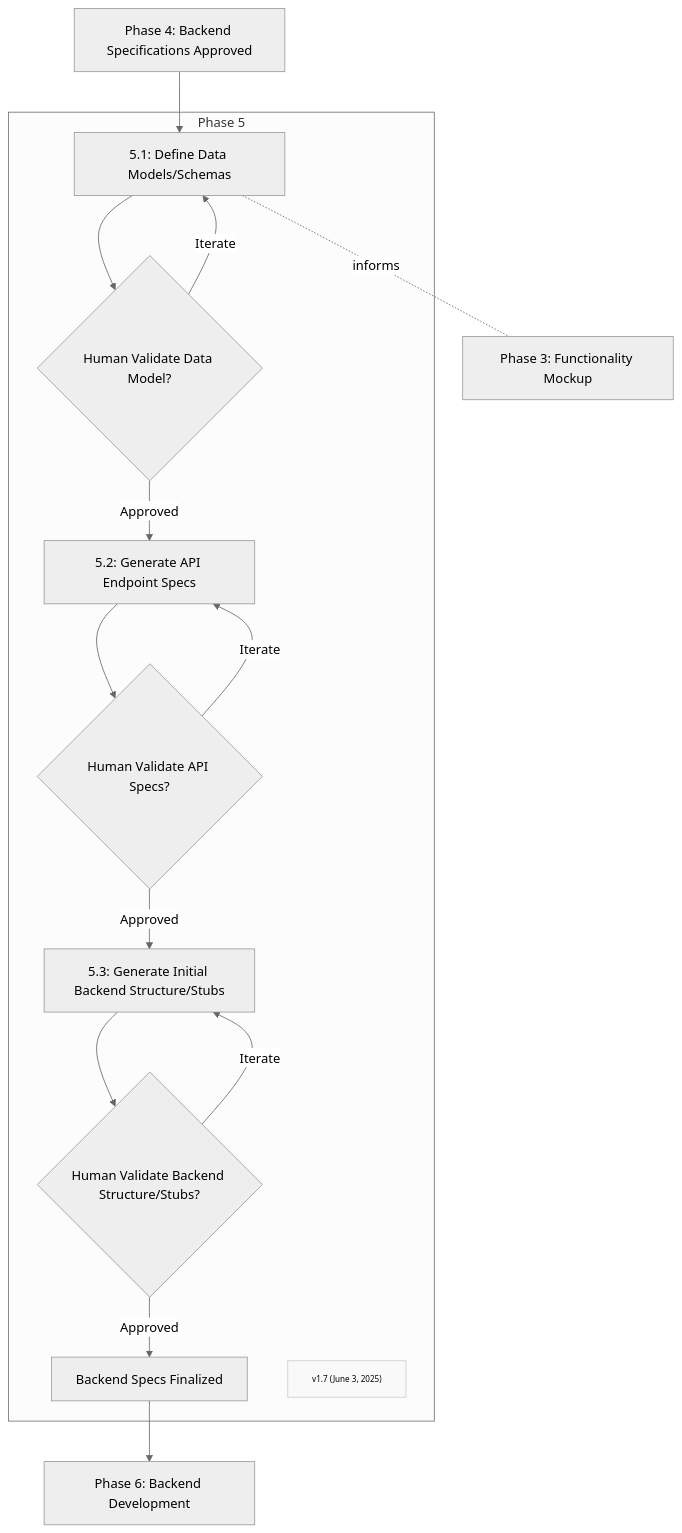
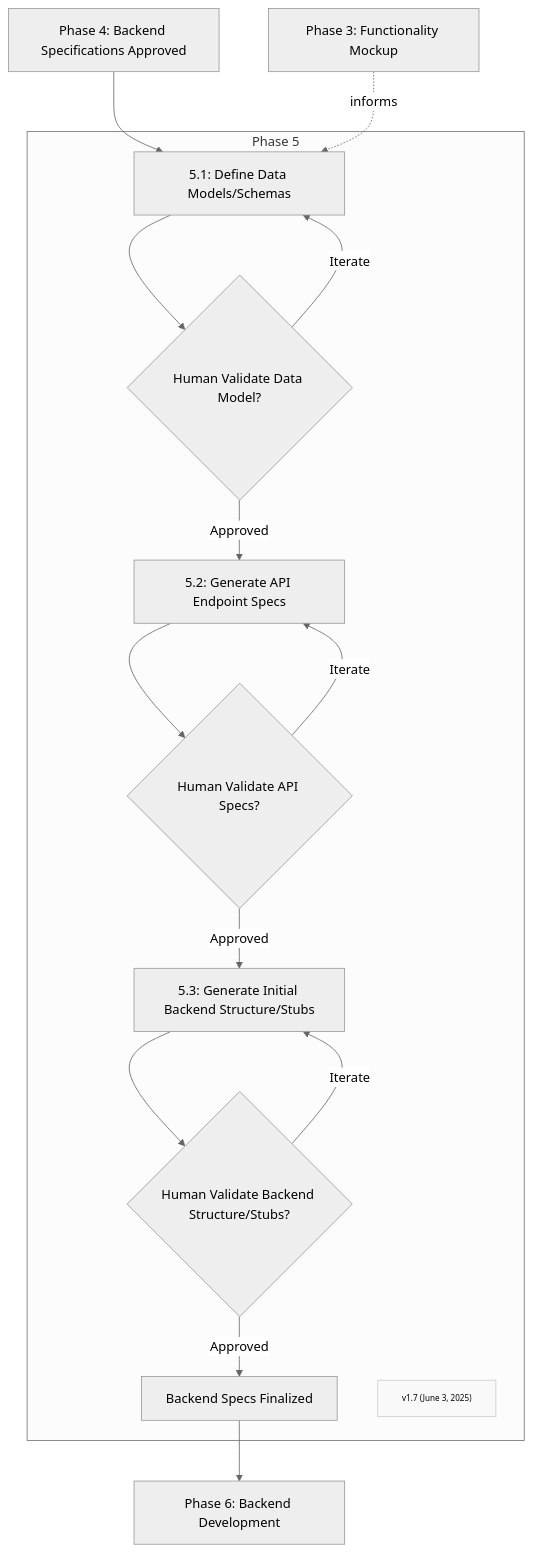
One commit to Mharbulous/Front-First-Method changed the diagram in Phases/FF-phase5.md. Above: the diagram before and after it, drawn with Mermaid (neutral theme).

````diff
--- a/Phases/FF-phase5.md
+++ b/Phases/FF-phase5.md
@@ -1,25 +1,24 @@
 ```mermaid
 graph TD
 
 Phase4["Phase 4: Backend Specifications Approved"] --> Phase5_1
+Phase3["Phase 3: Functionality Mockup"] -.-> |informs|Phase5_1
 
     subgraph Phase5["Phase 5"]
         Phase5_1["5.1: Define Data Models/Schemas"]    
         Phase5_1 --> Phase5_1_Val{"Human Validate Data Model?"}
         Phase5_1_Val -->|Iterate| Phase5_1
         Phase5_1_Val -->|Approved| Phase5_2["5.2: Generate API Endpoint Specs"]
         Phase5_2 --> Phase5_2_Val{"Human Validate API Specs?"}
         Phase5_2_Val -->|Iterate| Phase5_2
         Phase5_2_Val -->|Approved| Phase5_3["5.3: Generate Initial Backend Structure/Stubs"]
         Phase5_3 --> Phase5_3_Val{"Human Validate Backend Structure/Stubs?"}
         Phase5_3_Val -->|Iterate| Phase5_3
         Phase5_3_Val -->|Approved| BackendSpecsFinalized["Backend Specs Finalized"]
         Version["v1.7 (June 3, 2025)"]
         classDef version fill:#f9f9f9,stroke:#ccc,font-size:10px
         class Version version
     end
- 
-Phase5_1 <-.- |informs|Phase3["Phase 3: Functionality Mockup"]
 
 BackendSpecsFinalized --> Phase6["Phase 6: Backend Development"]
 ```
````
